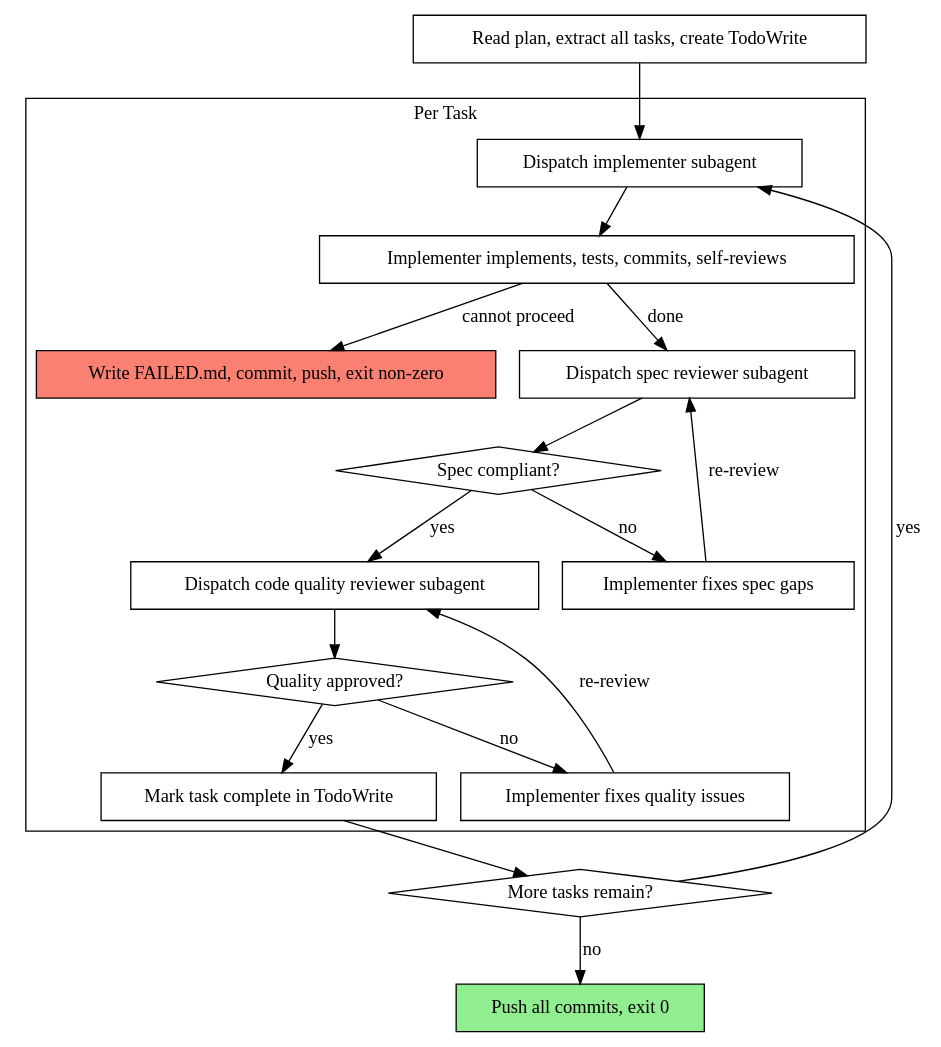
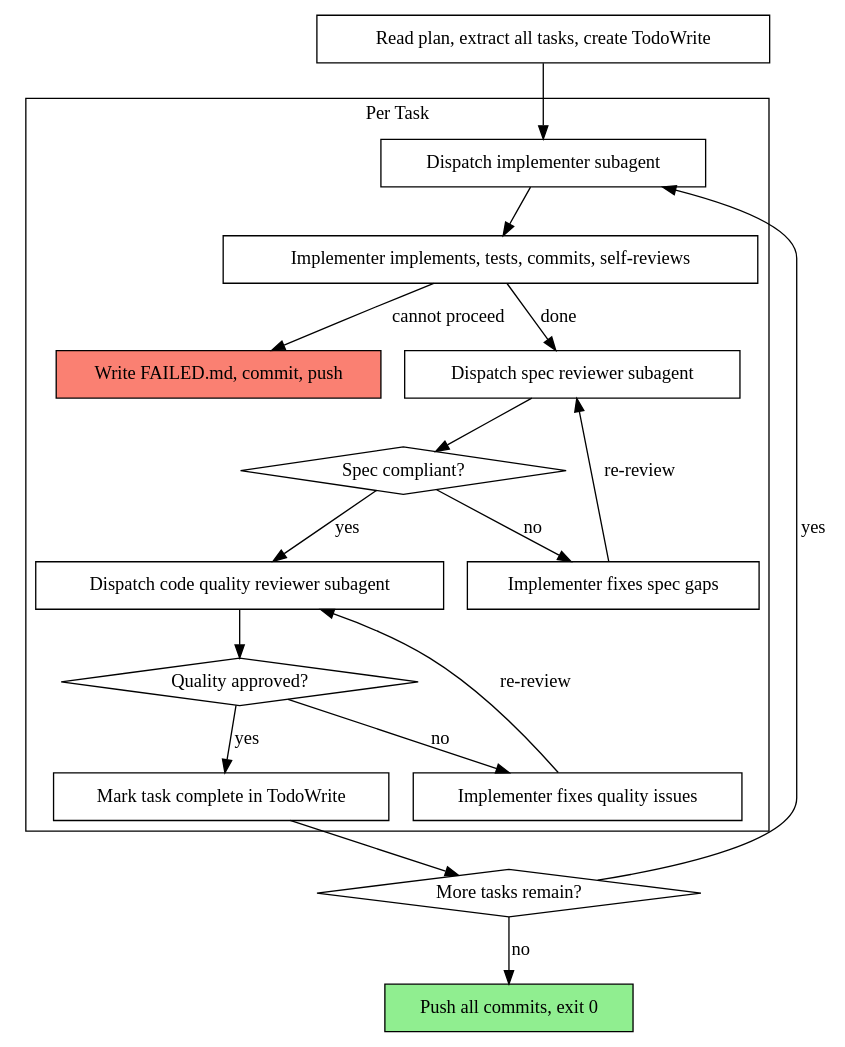
Before and after one commit to reza-gh-lndsk/superpowers-for-lendesk: the diagram in skills/headless-driven-development/SKILL.md, drawn with Graphviz. The commit also changed other lines of this file, not shown here.

Commit message:
fix: correct DOT graph node labels and Red Flags line in headless skill

````diff
--- a/skills/headless-driven-development/SKILL.md
+++ b/skills/headless-driven-development/SKILL.md
@@ -51,39 +51,39 @@
 ```dot
 digraph process {
     rankdir=TB;
 
     subgraph cluster_per_task {
         label="Per Task";
         "Dispatch implementer subagent" [shape=box];
         "Implementer implements, tests, commits, self-reviews" [shape=box];
-        "Write FAILED.md, commit, push, exit non-zero" [shape=box style=filled fillcolor=salmon];
+        "Write FAILED.md, commit, push" [shape=box style=filled fillcolor=salmon];
         "Dispatch spec reviewer subagent" [shape=box];
         "Spec compliant?" [shape=diamond];
         "Implementer fixes spec gaps" [shape=box];
         "Dispatch code quality reviewer subagent" [shape=box];
         "Quality approved?" [shape=diamond];
         "Implementer fixes quality issues" [shape=box];
         "Mark task complete in TodoWrite" [shape=box];
     }
 
     "Read plan, extract all tasks, create TodoWrite" [shape=box];
     "More tasks remain?" [shape=diamond];
     "Push all commits, exit 0" [shape=box style=filled fillcolor=lightgreen];
 
     "Read plan, extract all tasks, create TodoWrite" -> "Dispatch implementer subagent";
     "Dispatch implementer subagent" -> "Implementer implements, tests, commits, self-reviews";
-    "Implementer implements, tests, commits, self-reviews" -> "Write FAILED.md, commit, push, exit non-zero" [label="cannot proceed"];
+    "Implementer implements, tests, commits, self-reviews" -> "Write FAILED.md, commit, push" [label="cannot proceed"];
     "Implementer implements, tests, commits, self-reviews" -> "Dispatch spec reviewer subagent" [label="done"];
     "Dispatch spec reviewer subagent" -> "Spec compliant?";
     "Spec compliant?" -> "Implementer fixes spec gaps" [label="no"];
     "Implementer fixes spec gaps" -> "Dispatch spec reviewer subagent" [label="re-review"];
     "Spec compliant?" -> "Dispatch code quality reviewer subagent" [label="yes"];
     "Dispatch code quality reviewer subagent" -> "Quality approved?";
     "Quality approved?" -> "Implementer fixes quality issues" [label="no"];
     "Implementer fixes quality issues" -> "Dispatch code quality reviewer subagent" [label="re-review"];
     "Quality approved?" -> "Mark task complete in TodoWrite" [label="yes"];
     "Mark task complete in TodoWrite" -> "More tasks remain?";
     "More tasks remain?" -> "Dispatch implementer subagent" [label="yes"];
     "More tasks remain?" -> "Push all commits, exit 0" [label="no"];
 }
 ```
````
